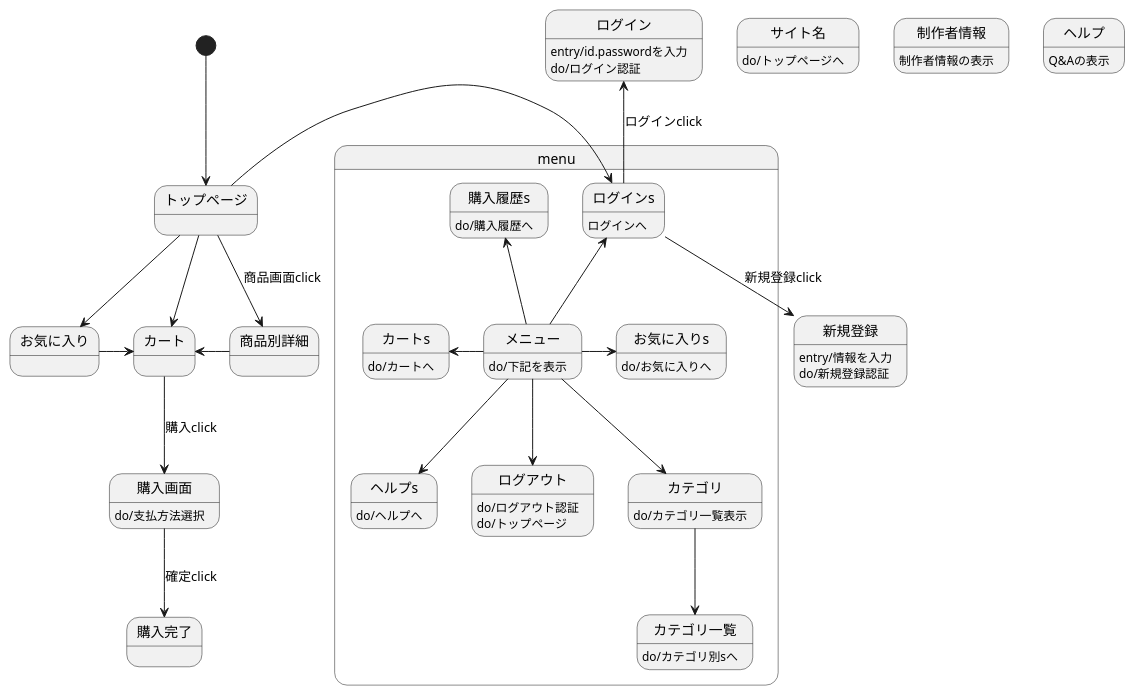
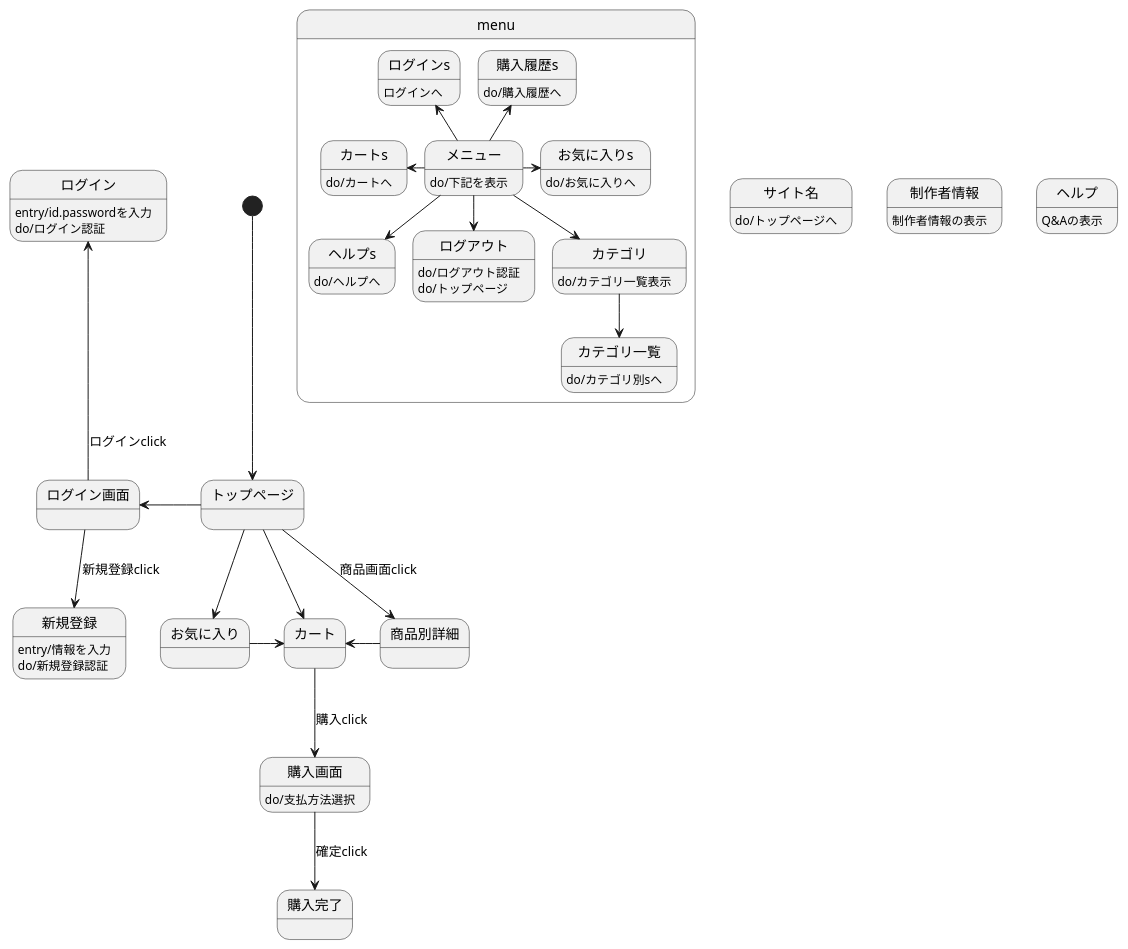
The diagram in 画面遷移/画面遷移図.md (aso2001036/kaihatu), drawn with PlantUML before and after one commit.

````diff
--- a/画面遷移/画面遷移図.md
+++ b/画面遷移/画面遷移図.md
@@ -1,51 +1,51 @@
 ```uml
 @startuml
 state menu{
 メニュー:do/下記を表示
 メニュー-down->ヘルプs
 ヘルプs:do/ヘルプへ
 メニュー-down->ログアウト
 ログアウト:do/ログアウト認証
 ログアウト:do/トップページ
 メニュー-up->購入履歴s
 購入履歴s:do/購入履歴へ
 メニュー-left->カートs
 カートs:do/カートへ
 メニュー-right->お気に入りs
 お気に入りs:do/お気に入りへ
 メニュー-down->カテゴリ
 カテゴリ:do/カテゴリ一覧表示
 カテゴリ-down->カテゴリ一覧
 カテゴリ一覧:do/カテゴリ別sへ
 メニュー-up->ログインs
 ログインs:ログインへ
 }
 [*]-down->トップページ
-トップページ-left->ログインs
-ログインs-up->ログイン :ログインclick
+トップページ-left->ログイン画面
+ログイン画面-up->ログイン :ログインclick
 ログイン:entry/id.passwordを入力
 ログイン:do/ログイン認証
-ログインs-down->新規登録 :新規登録click
+ログイン画面-down->新規登録 :新規登録click
 新規登録:entry/情報を入力
 新規登録:do/新規登録認証
 トップページ-down->商品別詳細 :商品画面click
 トップページ-down->カート
 トップページ-down->お気に入り
 お気に入り->カート
 商品別詳細-left->カート
 カート-down->購入画面 :購入click
 購入画面-down->購入完了 :確定click
 購入画面:do/支払方法選択
 state サイト名{
 サイト名:do/トップページへ
 
 }
 state 制作者情報{
 制作者情報:制作者情報の表示
 
 }
 state ヘルプ{
 ヘルプ:Q&Aの表示
 }
 @enduml
 ```
````
